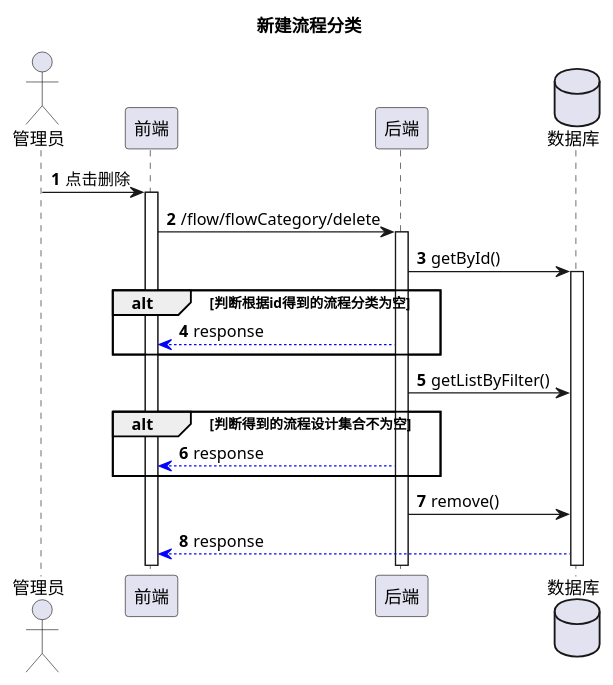
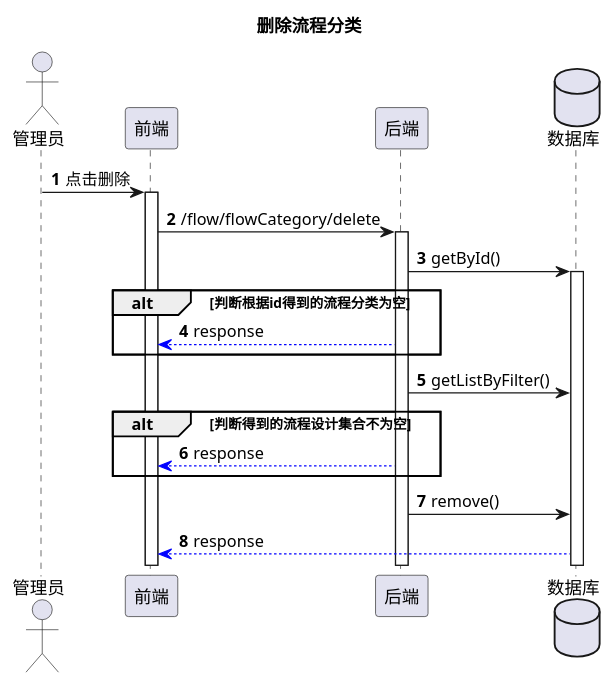
The diagram in document/uml/flow_design/删除流程分类.puml (Tooooooo/workflow_hub), drawn with PlantUML before and after one commit. The commit also changed 1 other file, not shown here.

```diff
--- a/document/uml/flow_design/删除流程分类.puml
+++ b/document/uml/flow_design/删除流程分类.puml
@@ -1,25 +1,25 @@
 @startuml
 'https://plantuml.com/sequence-diagram
-title 新建流程分类
+title 删除流程分类
 actor 管理员
 participant 前端
 participant 后端
 database 数据库
 autonumber
 
 管理员 -> 前端: 点击删除
 activate 前端
 前端 -> 后端: /flow/flowCategory/delete
 activate 后端
 后端 -> 数据库: getById()
 activate 数据库
 alt 判断根据id得到的流程分类为空
 后端 --[#blue]> 前端: response
 end
 后端 -> 数据库: getListByFilter()
 alt 判断得到的流程设计集合不为空
 后端 --[#blue]> 前端: response
 end
 后端 -> 数据库: remove()
 数据库 --[#blue]> 前端: response
 @enduml
```
